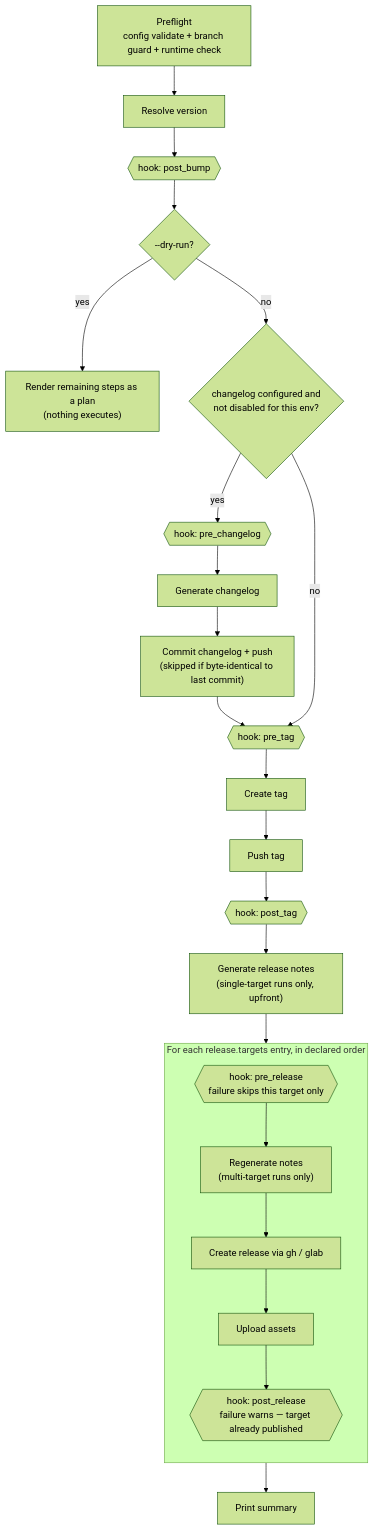
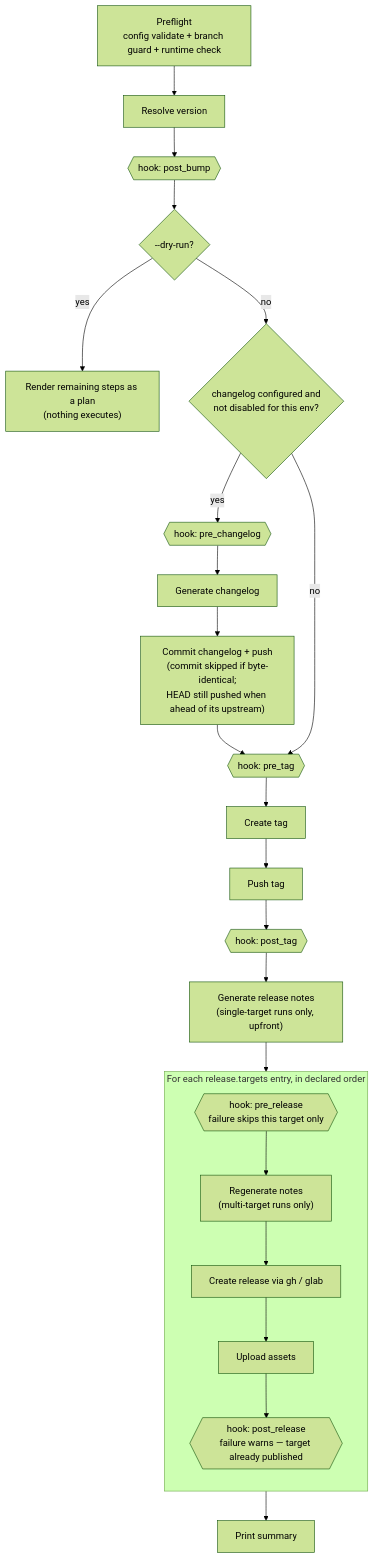
Before and after one commit to adaouat/heraut: the first of 2 diagrams in docs/guides/release-pipeline-and-hooks.md, drawn with Mermaid (forest theme). The commit also changed 7 other files, not shown here.

First line of the commit message:
fix(pipeline): push an unstaged retry only when ahead of upstream

````diff
--- a/docs/guides/release-pipeline-and-hooks.md
+++ b/docs/guides/release-pipeline-and-hooks.md
@@ -14,26 +14,26 @@
 ```mermaid
 flowchart TD
     A["Preflight<br/>config validate + branch guard + runtime check"] --> B["Resolve version"]
     B --> H1{{"hook: post_bump"}}
     H1 --> C{"--dry-run?"}
     C -- yes --> DR["Render remaining steps as a plan<br/>(nothing executes)"]
     C -- no --> D{"changelog configured and<br/>not disabled for this env?"}
     D -- yes --> H2{{"hook: pre_changelog"}}
     H2 --> E["Generate changelog"]
-    E --> F["Commit changelog + push<br/>(skipped if byte-identical to last commit)"]
+    E --> F["Commit changelog + push<br/>(commit skipped if byte-identical;<br/>HEAD still pushed when ahead of its upstream)"]
     F --> H3{{"hook: pre_tag"}}
     D -- no --> H3
     H3 --> G["Create tag"]
     G --> I["Push tag"]
     I --> H4{{"hook: post_tag"}}
     H4 --> J["Generate release notes<br/>(single-target runs only, upfront)"]
     J --> T
     subgraph T["For each release.targets entry, in declared order"]
         direction TB
         H5{{"hook: pre_release<br/>failure skips this target only"}} --> K["Regenerate notes<br/>(multi-target runs only)"]
         K --> L["Create release via gh / glab"]
         L --> M["Upload assets"]
         M --> H6{{"hook: post_release<br/>failure warns — target already published"}}
     end
     T --> N["Print summary"]
 ```
````
